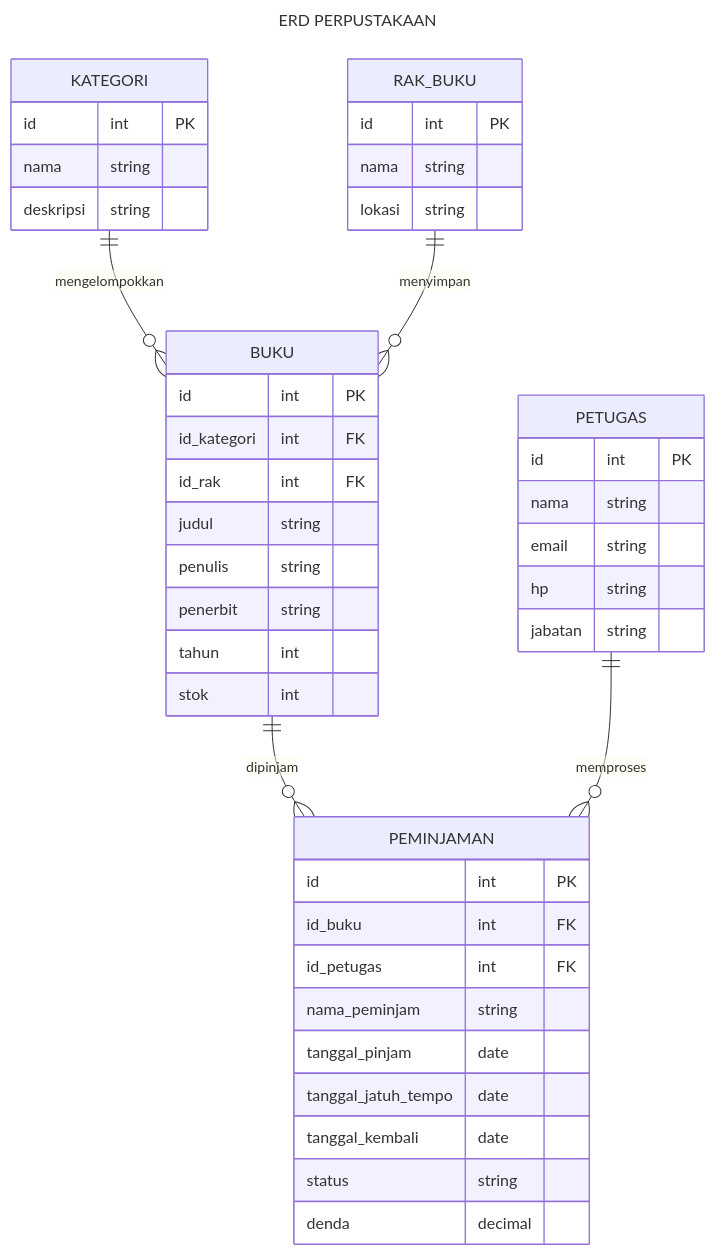
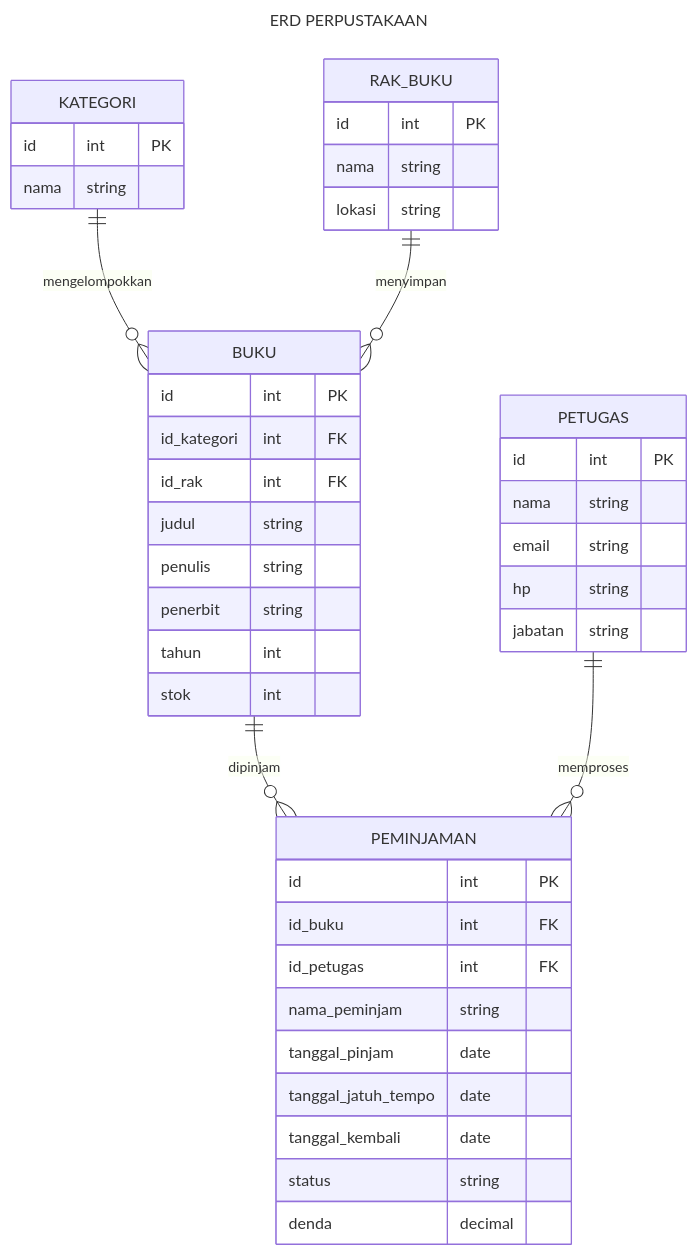
Before and after one commit to almarufh/koda-b9-db: the diagram in perpustakaan.md, drawn with Mermaid.

Commit message:
fix: change typo and delete atribut description in entitas kategori

````diff
--- a/perpustakaan.md
+++ b/perpustakaan.md
@@ -3,50 +3,51 @@
 ```mermaid
 ---
 title: ERD PERPUSTAKAAN
 ---
 erDiagram
 
 KATEGORI {
     id int PK
     nama string
-    deskripsi string
 }
+
 RAK_BUKU {
     id int PK
     nama string
     lokasi string
 }
+
 BUKU {
     id int PK
     id_kategori int FK
     id_rak int FK
     judul string
     penulis string
     penerbit string
     tahun int
     stok int
 }
 PETUGAS {
     id int PK
     nama string
     email string
     hp string
     jabatan string
 }
 PEMINJAMAN {
     id int PK
     id_buku int FK
     id_petugas int FK
     nama_peminjam string
     tanggal_pinjam date
     tanggal_jatuh_tempo date
     tanggal_kembali date
     status string
     denda decimal
 }
 
 KATEGORI ||--o{ BUKU : "mengelompokkan"
 RAK_BUKU ||--o{ BUKU : "menyimpan"
 BUKU ||--o{ PEMINJAMAN : "dipinjam"
 PETUGAS ||--o{ PEMINJAMAN : "memproses"
 ```
````
